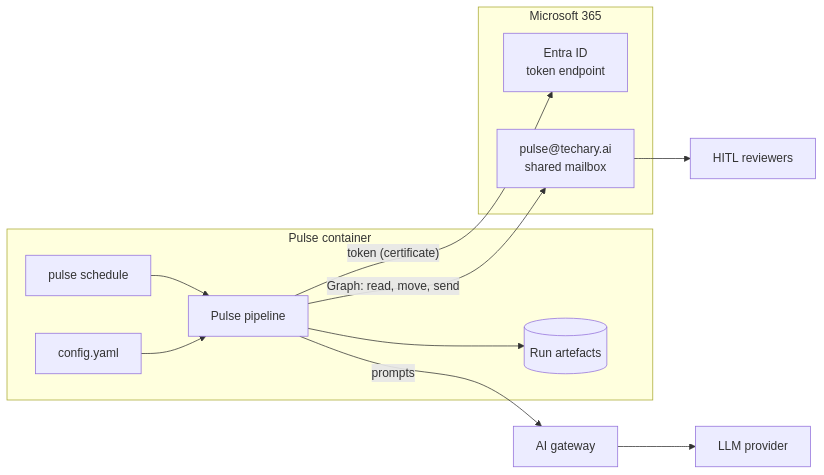
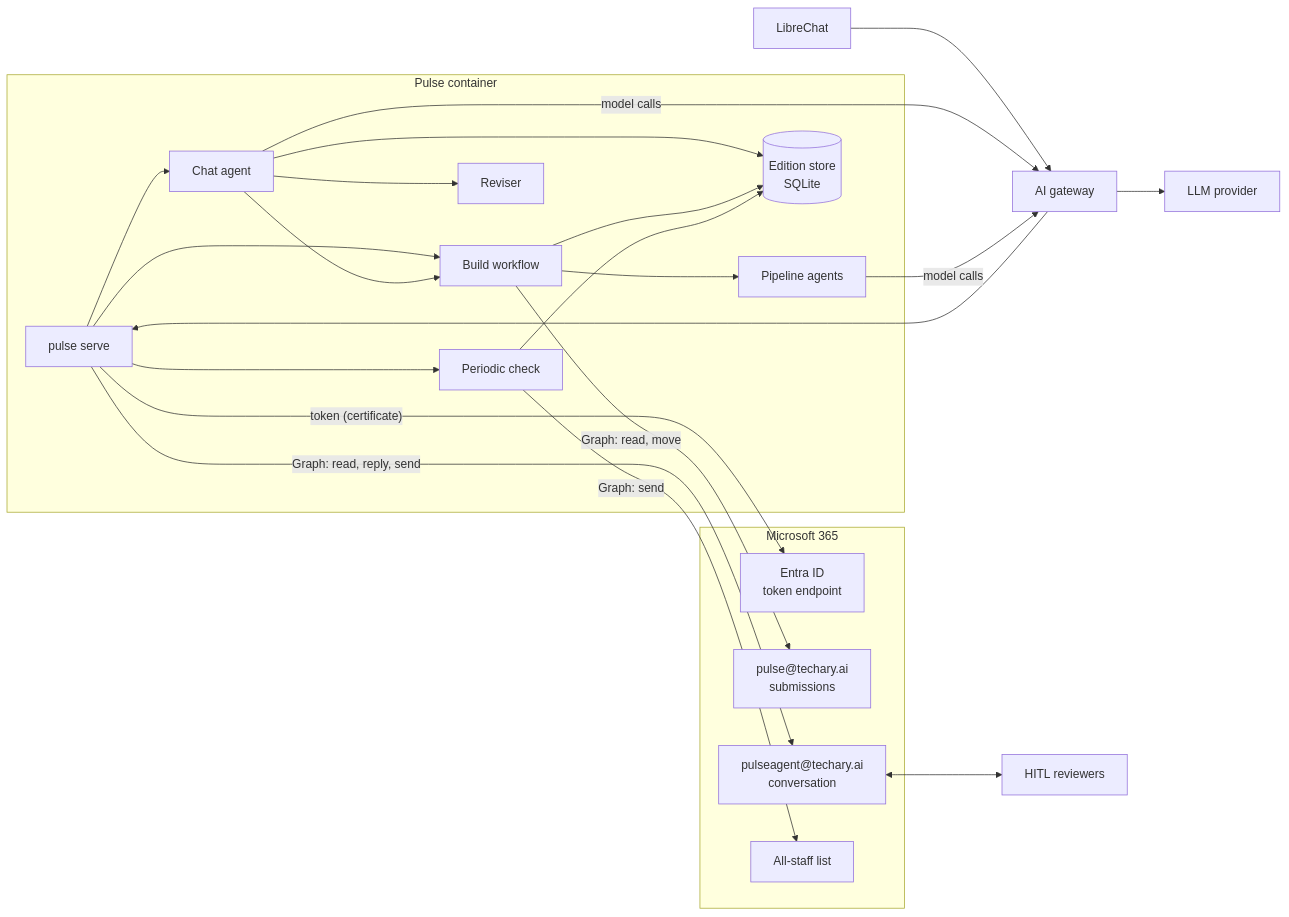
Before and after one commit to TecharyBenN/techary-pulse: the first of 3 diagrams in docs/techary-pulse-design.md, drawn with Mermaid. The commit also changed other lines of this file and 1 other file, not shown here.

Commit message:
designs updated to address chat-based agent redesign

````diff
--- a/docs/techary-pulse-design.md
+++ b/docs/techary-pulse-design.md
@@ -37,17 +40,30 @@
 ```mermaid
 flowchart LR
     subgraph HOST["Pulse container"]
-        S["pulse schedule"] --> P["Pulse pipeline"]
-        CFG["config.yaml"] --> P
-        P --> FS[("Run artefacts")]
+        SV["pulse serve"] --> CA["Chat agent"]
+        SV --> BW["Build workflow"]
+        SV --> SJ["Periodic check"]
+        CA --> BW
+        CA --> RV["Reviser"]
+        BW --> PA["Pipeline agents"]
+        CA --> DB[("Edition store<br/>SQLite")]
+        BW --> DB
+        SJ --> DB
     end
     subgraph M365["Microsoft 365"]
         ENTRA["Entra ID<br/>token endpoint"]
-        MB["pulse@techary.ai<br/>shared mailbox"]
+        SUB["pulse@techary.ai<br/>submissions"]
+        CONV["pulseagent@techary.ai<br/>conversation"]
+        ALL["All-staff list"]
     end
-    P -- "token (certificate)" --> ENTRA
-    P -- "Graph: read, move, send" --> MB
-    P -- "prompts" --> GW["AI gateway"]
+    LC["LibreChat"] --> GW["AI gateway"]
+    GW --> SV
+    CA -- "model calls" --> GW
+    PA -- "model calls" --> GW
     GW --> LLM["LLM provider"]
-    MB --> R["HITL reviewers"]
+    SV -- "token (certificate)" --> ENTRA
+    BW -- "Graph: read, move" --> SUB
+    SV -- "Graph: read, reply, send" --> CONV
+    SJ -- "Graph: send" --> ALL
+    CONV <--> R["HITL reviewers"]
 ```
````
